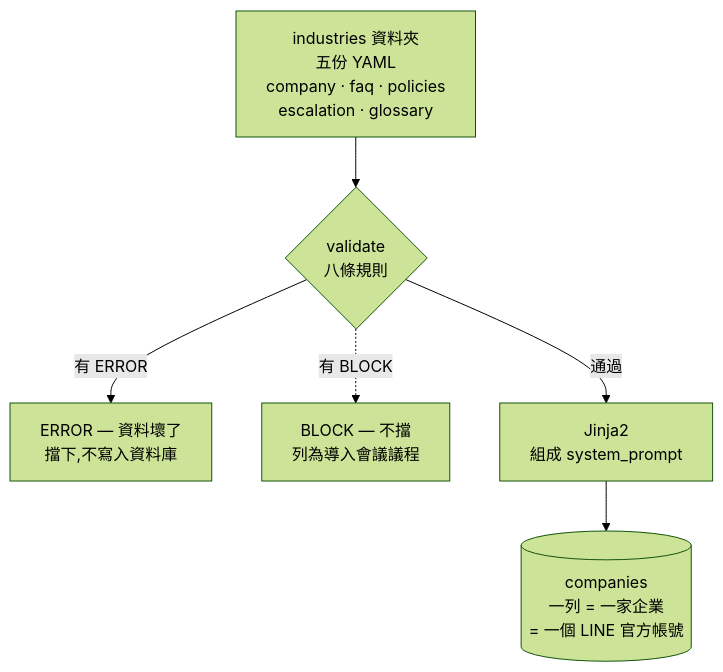
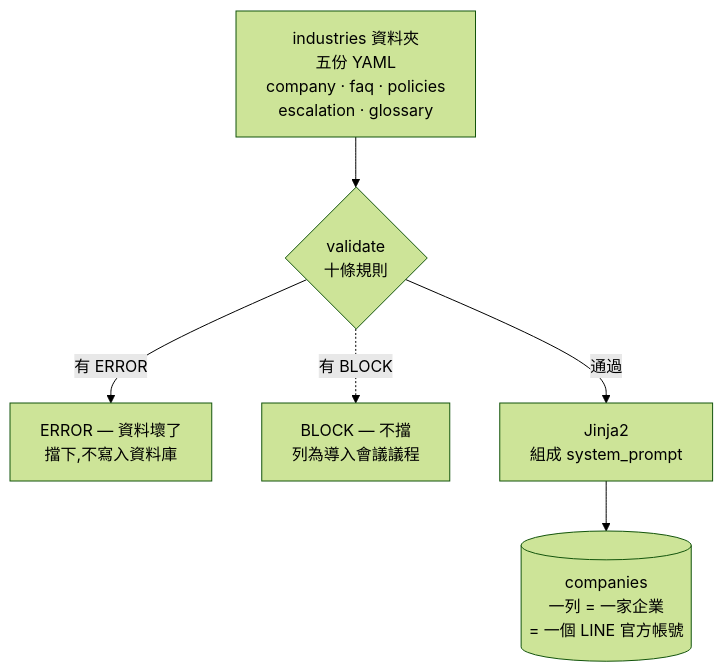
One commit to inform199751-crypto/universal-ai-helpdesk changed the first of 2 diagrams in README.md. Above: the diagram before and after it, drawn with Mermaid (forest theme). The commit also changed 1 other file, not shown here.

Commit message:
docs(report): 補上 agent 化、手機驗收結果與兩個新的坑,數字同步
報告停在 v1:還寫著「真人接管沒有實作」「沒有 tool calling」、
validate 八條規則、163 個測試。

補上的:第三節第 5 條(轉真人兩層判斷)、validate 規則 9 與 10、
agent 化後的手機驗收(含模型層 5 次只轉 3 次、店員推播沒實測)、
第七節第 10 點(模型嘴上說要轉接卻沒轉)與第 11 點(沒鎖版本,
正式映像跑的是另一組套件)、限制與下一步改寫。數字改成 277 個測試、
測試碼 3,517 行 / 正式碼 2,088 行。

````diff
--- a/README.md
+++ b/README.md
@@ -22,15 +22,15 @@
 ```mermaid
 flowchart TD
     Y["industries 資料夾<br/>五份 YAML<br/>company · faq · policies<br/>escalation · glossary"]
-    V{"validate<br/>八條規則"}
+    V{"validate<br/>十條規則"}
     E["ERROR — 資料壞了<br/>擋下,不寫入資料庫"]
     B["BLOCK — 不擋<br/>列為導入會議議程"]
     J["Jinja2<br/>組成 system_prompt"]
     D[("companies<br/>一列 = 一家企業<br/>= 一個 LINE 官方帳號")]
 
     Y --> V
     V -- 有 ERROR --> E
     V -. 有 BLOCK .-> B
     V -- 通過 --> J
     J --> D
 ```
````
